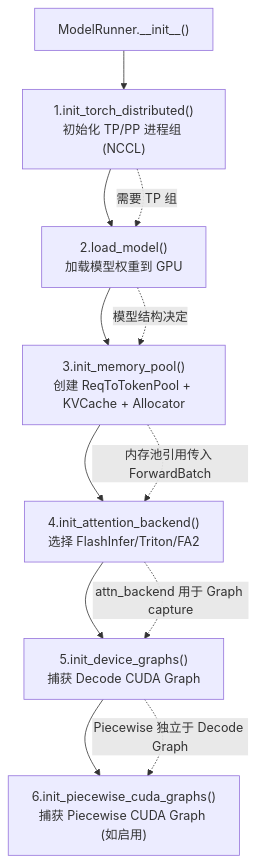
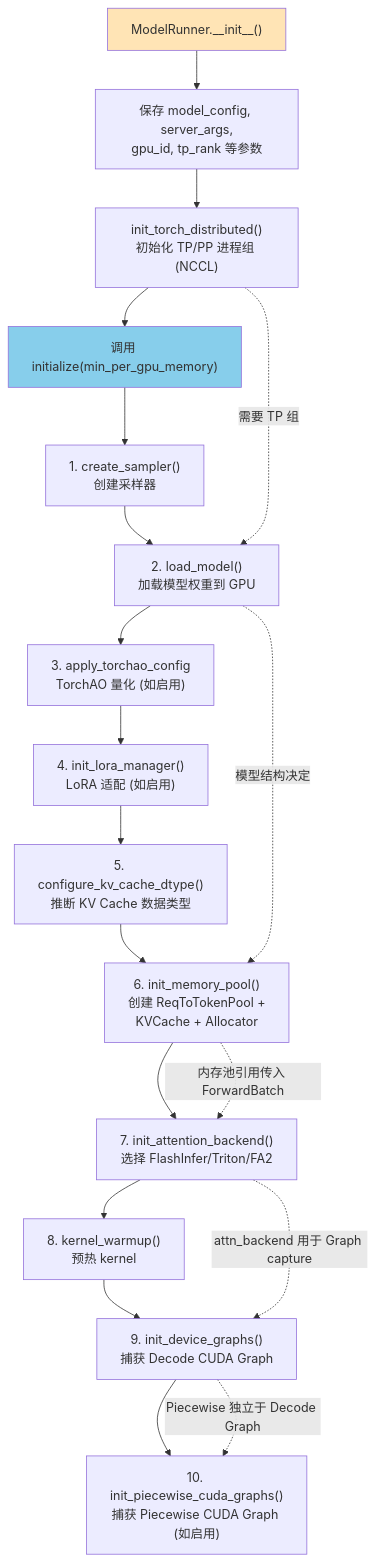
Diagram 14 of 18 in SGLang/08-model-runner.md (wesleyck/AIInfraNotes), drawn with Mermaid before and after one commit. The commit also changed other lines of this file and 26 other files, not shown here.

````diff
--- a/SGLang/08-model-runner.md
+++ b/SGLang/08-model-runner.md
@@ -1257,17 +1351,26 @@
 ```mermaid
 flowchart TD
-    Init["ModelRunner.__init__()"] --> D1
+    Init["ModelRunner.__init__()"] --> S1["保存 model_config, server_args,<br/>gpu_id, tp_rank 等参数"]
+    S1 --> S2["init_torch_distributed()<br/>初始化 TP/PP 进程组 (NCCL)"]
+    S2 --> S3["调用 initialize(min_per_gpu_memory)"]
 
-    D1["1.init_torch_distributed()<br/>初始化 TP/PP 进程组 (NCCL)"]
-    D1 --> D2["2.load_model()<br/>加载模型权重到 GPU"]
-    D2 --> D3["3.init_memory_pool()<br/>创建 ReqToTokenPool + KVCache + Allocator"]
-    D3 --> D4["4.init_attention_backend()<br/>选择 FlashInfer/Triton/FA2"]
-    D4 --> D5["5.init_device_graphs()<br/>捕获 Decode CUDA Graph"]
-    D5 --> D6["6.init_piecewise_cuda_graphs()<br/>捕获 Piecewise CUDA Graph (如启用)"]
+    S3 --> I1["1. create_sampler()<br/>创建采样器"]
+    I1 --> I2["2. load_model()<br/>加载模型权重到 GPU"]
+    I2 --> I3["3. apply_torchao_config<br/>TorchAO 量化 (如启用)"]
+    I3 --> I4["4. init_lora_manager()<br/>LoRA 适配 (如启用)"]
+    I4 --> I5["5. configure_kv_cache_dtype()<br/>推断 KV Cache 数据类型"]
+    I5 --> I6["6. init_memory_pool()<br/>创建 ReqToTokenPool +<br/>KVCache + Allocator"]
+    I6 --> I7["7. init_attention_backend()<br/>选择 FlashInfer/Triton/FA2"]
+    I7 --> I8["8. kernel_warmup()<br/>预热 kernel"]
+    I8 --> I9["9. init_device_graphs()<br/>捕获 Decode CUDA Graph"]
+    I9 --> I10["10. init_piecewise_cuda_graphs()<br/>捕获 Piecewise CUDA Graph (如启用)"]
 
-    D1 -.->|"需要 TP 组"| D2
-    D2 -.->|"模型结构决定"| D3
-    D3 -.->|"内存池引用传入 ForwardBatch"| D4
-    D4 -.->|"attn_backend 用于 Graph capture"| D5
-    D5 -.->|"Piecewise 独立于 Decode Graph"| D6
+    S2 -.->|"需要 TP 组"| I2
+    I2 -.->|"模型结构决定"| I6
+    I6 -.->|"内存池引用传入 ForwardBatch"| I7
+    I7 -.->|"attn_backend 用于 Graph capture"| I9
+    I9 -.->|"Piecewise 独立于 Decode Graph"| I10
+
+    style Init fill:#FFE4B5
+    style S3 fill:#87CEEB
 ```
````
